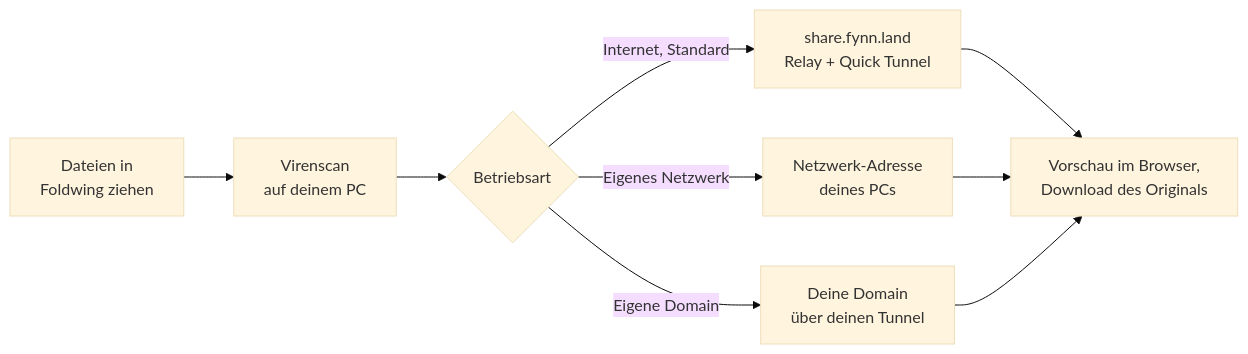
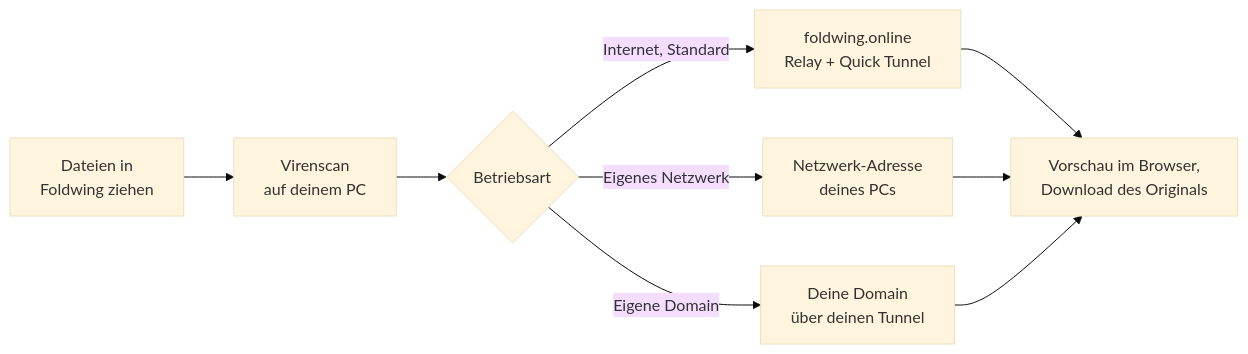
The diagram in README.de.md (FynnXland/foldwing), drawn with Mermaid (base theme) before and after one commit. The commit also changed other lines of this file and 36 other files, not shown here.

First line of the commit message:
Foldwing 1.4.1: Relay auf foldwing.online, Moderations-Einstieg Admin

````diff
--- a/README.de.md
+++ b/README.de.md
@@ -41,11 +41,11 @@
 ```mermaid
 flowchart LR
     A["Dateien in<br/>Foldwing ziehen"] --> B["Virenscan<br/>auf deinem PC"]
     B --> C{"Betriebsart"}
-    C -->|"Internet, Standard"| D["share.fynn.land<br/>Relay + Quick Tunnel"]
+    C -->|"Internet, Standard"| D["foldwing.online<br/>Relay + Quick Tunnel"]
     C -->|"Eigenes Netzwerk"| E["Netzwerk-Adresse<br/>deines PCs"]
     C -->|"Eigene Domain"| G["Deine Domain<br/>über deinen Tunnel"]
     D --> F["Vorschau im Browser,<br/>Download des Originals"]
     E --> F
     G --> F
 ```
````
